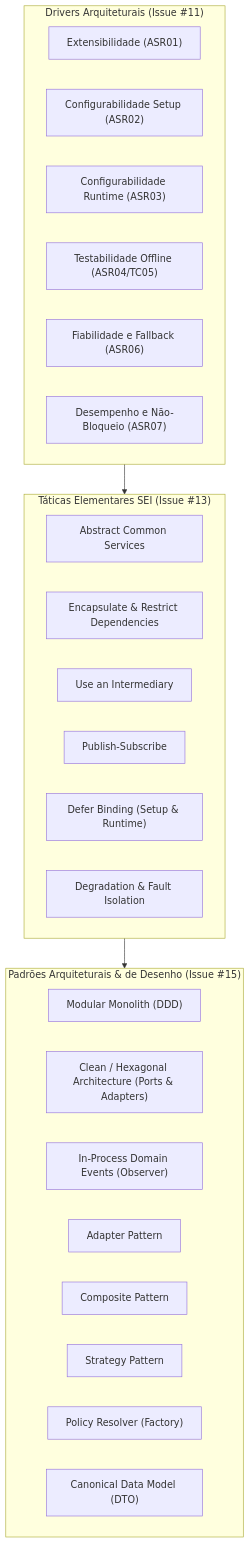
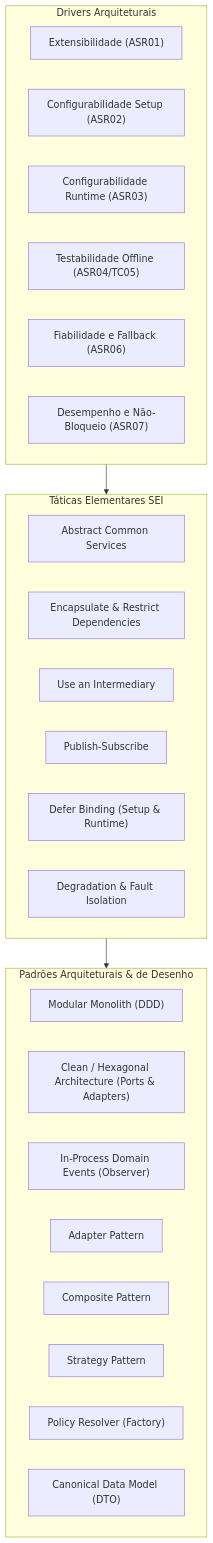
The first of 4 diagrams in Docs/ARQSOFT/system-to-be/architectural-patterns.md (RafaelBrandao04/psoft-project-2026-1), drawn with Mermaid before and after one commit. The commit also changed 7 other files, not shown here.

````diff
--- a/Docs/ARQSOFT/system-to-be/architectural-patterns.md
+++ b/Docs/ARQSOFT/system-to-be/architectural-patterns.md
@@ -15,34 +15,34 @@
 ```mermaid
 flowchart TD
-    subgraph ASRs["Drivers Arquiteturais (Issue #11)"]
+    subgraph ASRs["Drivers Arquiteturais"]
         D1["Extensibilidade (ASR01)"]
         D2["Configurabilidade Setup (ASR02)"]
         D3["Configurabilidade Runtime (ASR03)"]
         D4["Testabilidade Offline (ASR04/TC05)"]
         D5["Fiabilidade e Fallback (ASR06)"]
         D6["Desempenho e Não-Bloqueio (ASR07)"]
     end
 
-    subgraph Tactics["Táticas Elementares SEI (Issue #13)"]
+    subgraph Tactics["Táticas Elementares SEI"]
         T1["Abstract Common Services"]
         T2["Encapsulate & Restrict Dependencies"]
         T3["Use an Intermediary"]
         T4["Publish-Subscribe"]
         T5["Defer Binding (Setup & Runtime)"]
         T6["Degradation & Fault Isolation"]
     end
 
-    subgraph Patterns["Padrões Arquiteturais & de Desenho (Issue #15)"]
+    subgraph Patterns["Padrões Arquiteturais & de Desenho"]
         P1["Modular Monolith (DDD)"]
         P2["Clean / Hexagonal Architecture (Ports & Adapters)"]
         P3["In-Process Domain Events (Observer)"]
         P4["Adapter Pattern"]
         P5["Composite Pattern"]
         P6["Strategy Pattern"]
         P7["Policy Resolver (Factory)"]
         P8["Canonical Data Model (DTO)"]
     end
 
     ASRs --> Tactics
     Tactics --> Patterns
 ```
````
